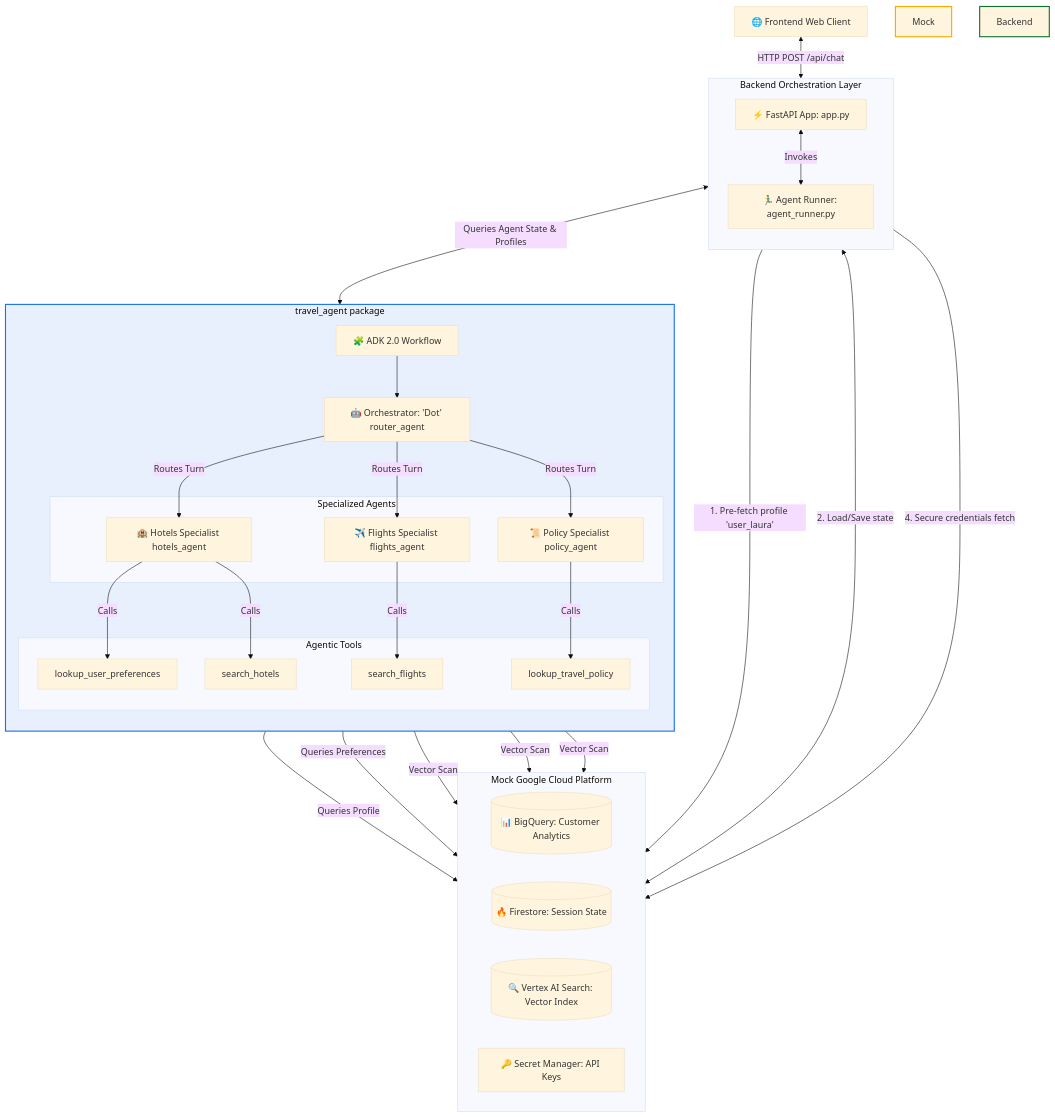
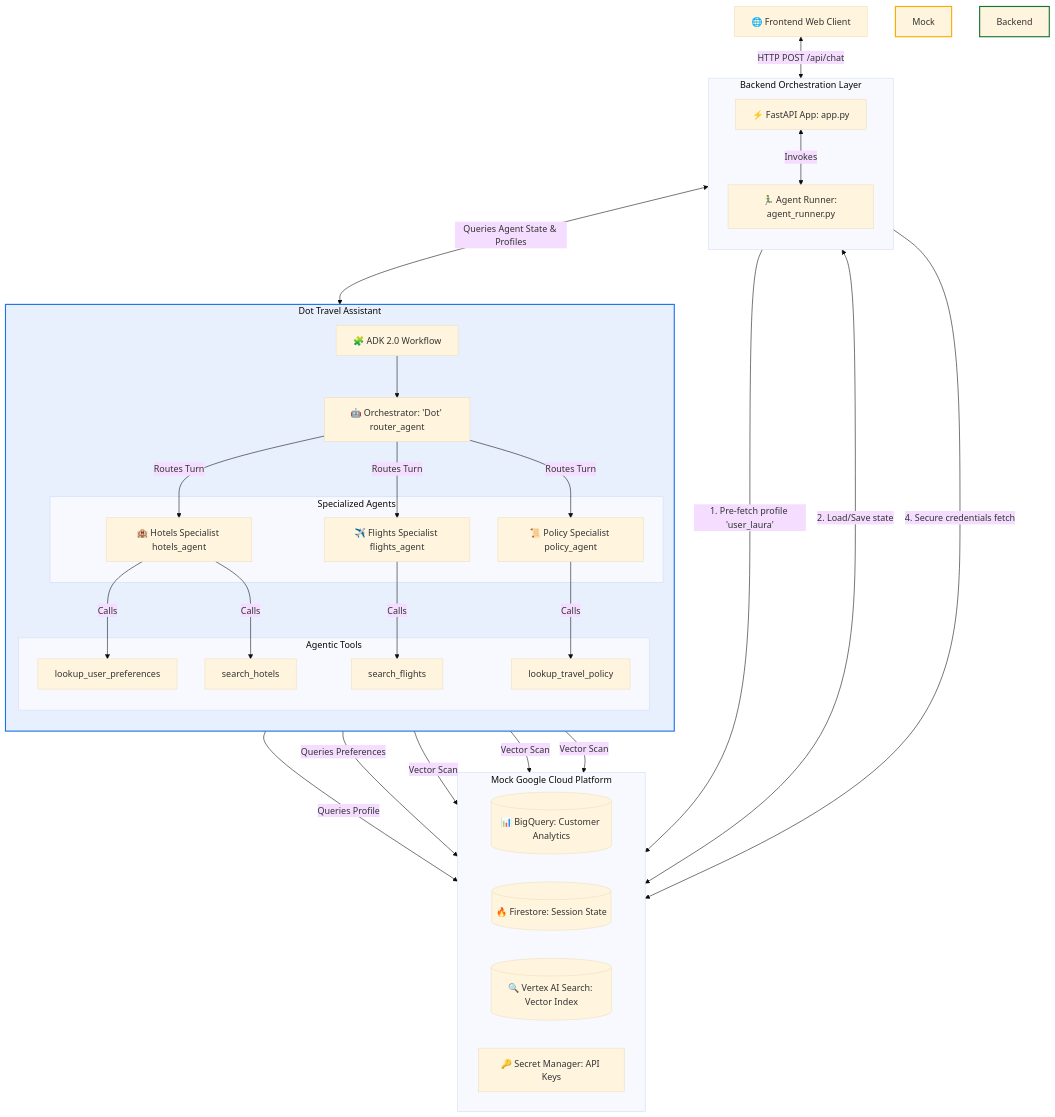
The diagram in README.md (hning86/conversational-travel-agent), drawn with Mermaid (base theme) before and after one commit. The commit also changed 4 other files, not shown here.

````diff
--- a/README.md
+++ b/README.md
@@ -13,62 +13,62 @@
 ```mermaid
 graph TD
     User[🌐 Frontend Web Client] <-->|HTTP POST /api/chat| AppAPI[⚡ FastAPI App: app.py]
     
     subgraph Backend Orchestration [Backend Orchestration Layer]
         direction TB
         AppAPI <-->|Invokes| Runner[🏃‍♂️ Agent Runner: agent_runner.py]
     end
     
-    subgraph travel_agent [travel_agent package]
+    subgraph travel_agent [Dot Travel Assistant]
         direction TB
         Workflow[🧩 ADK 2.0 Workflow]
         Dot[🤖 Orchestrator: 'Dot' router_agent]
         
         subgraph Agents [Specialized Agents]
             Hotels[🏨 Hotels Specialist hotels_agent]
             Flights[✈️ Flights Specialist flights_agent]
             Policy[📜 Policy Specialist policy_agent]
         end
         
         subgraph Tools [Agentic Tools]
             pref_tool[lookup_user_preferences]
             hotel_tool[search_hotels]
             flight_tool[search_flights]
             policy_tool[lookup_travel_policy]
         end
         
         Workflow --> Dot
         Dot -->|Routes Turn| Hotels
         Dot -->|Routes Turn| Flights
         Dot -->|Routes Turn| Policy
         
         Hotels -->|Calls| pref_tool
         Hotels -->|Calls| hotel_tool
         Flights -->|Calls| flight_tool
         Policy -->|Calls| policy_tool
     end
     
     Runner <-->|Queries Agent State & Profiles| travel_agent
     
     subgraph Mock GCP System [Mock Google Cloud Platform]
         direction LR
         BQ[(📊 BigQuery: Customer Analytics)]
         FS[(🔥 Firestore: Session State)]
         VS[(🔍 Vertex AI Search: Vector Index)]
         SM[🔑 Secret Manager: API Keys]
     end
     
     Runner -->|1. Pre-fetch profile 'user_laura'| BQ
     Runner <-->|2. Load/Save state| FS
     Runner -->|4. Secure credentials fetch| SM
     
     pref_tool -->|Queries Profile| BQ
     hotel_tool -->|Queries Preferences| BQ
     hotel_tool -->|Vector Scan| VS
     flight_tool -->|Vector Scan| VS
     policy_tool -->|Vector Scan| VS
     
     style travel_agent fill:#e8f0fe,stroke:#1a73e8,stroke-width:2px
     style Mock GCP System fill:#fef7e0,stroke:#f9ab00,stroke-width:2px
     style Backend Orchestration fill:#e6f4ea,stroke:#137333,stroke-width:2px
 ```
````
